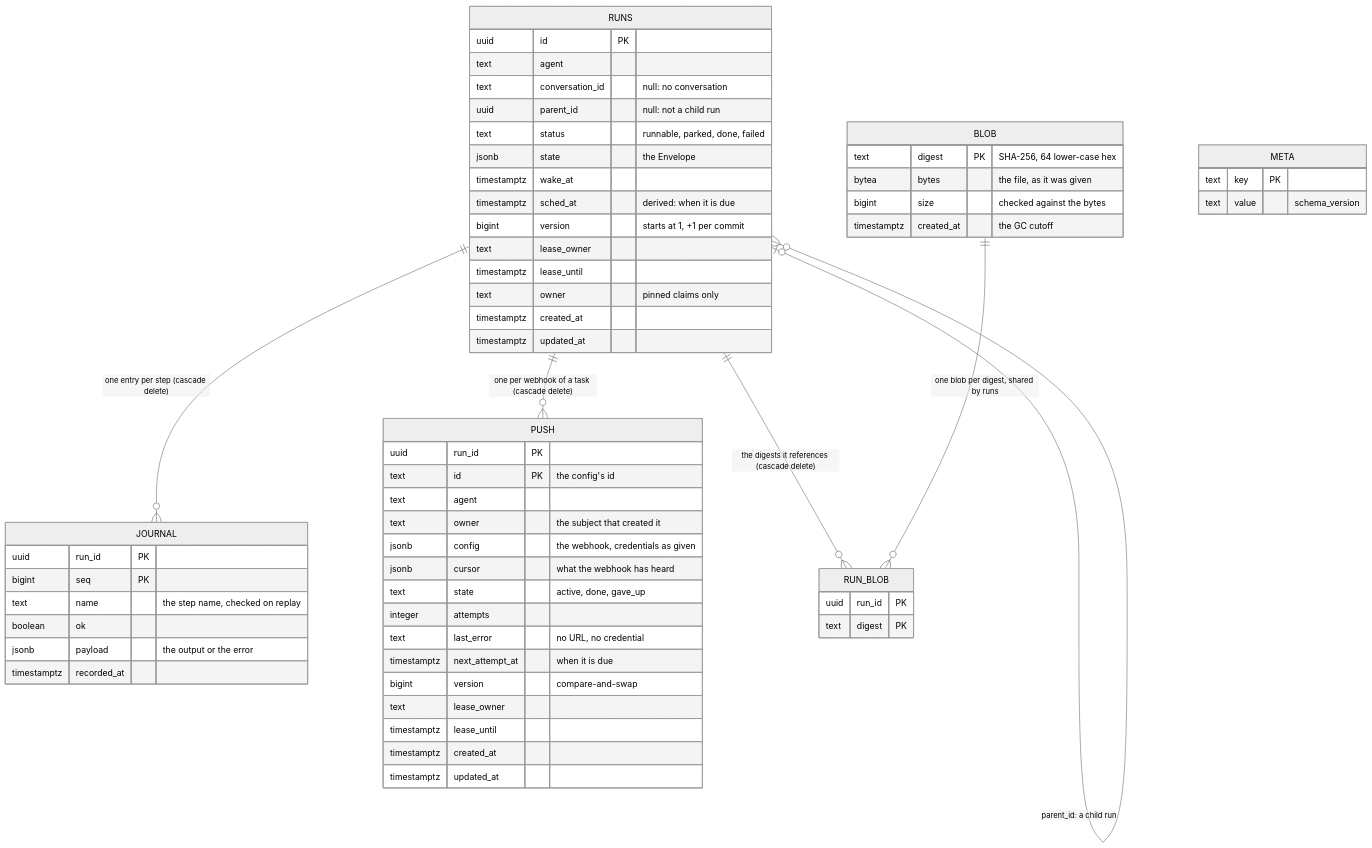
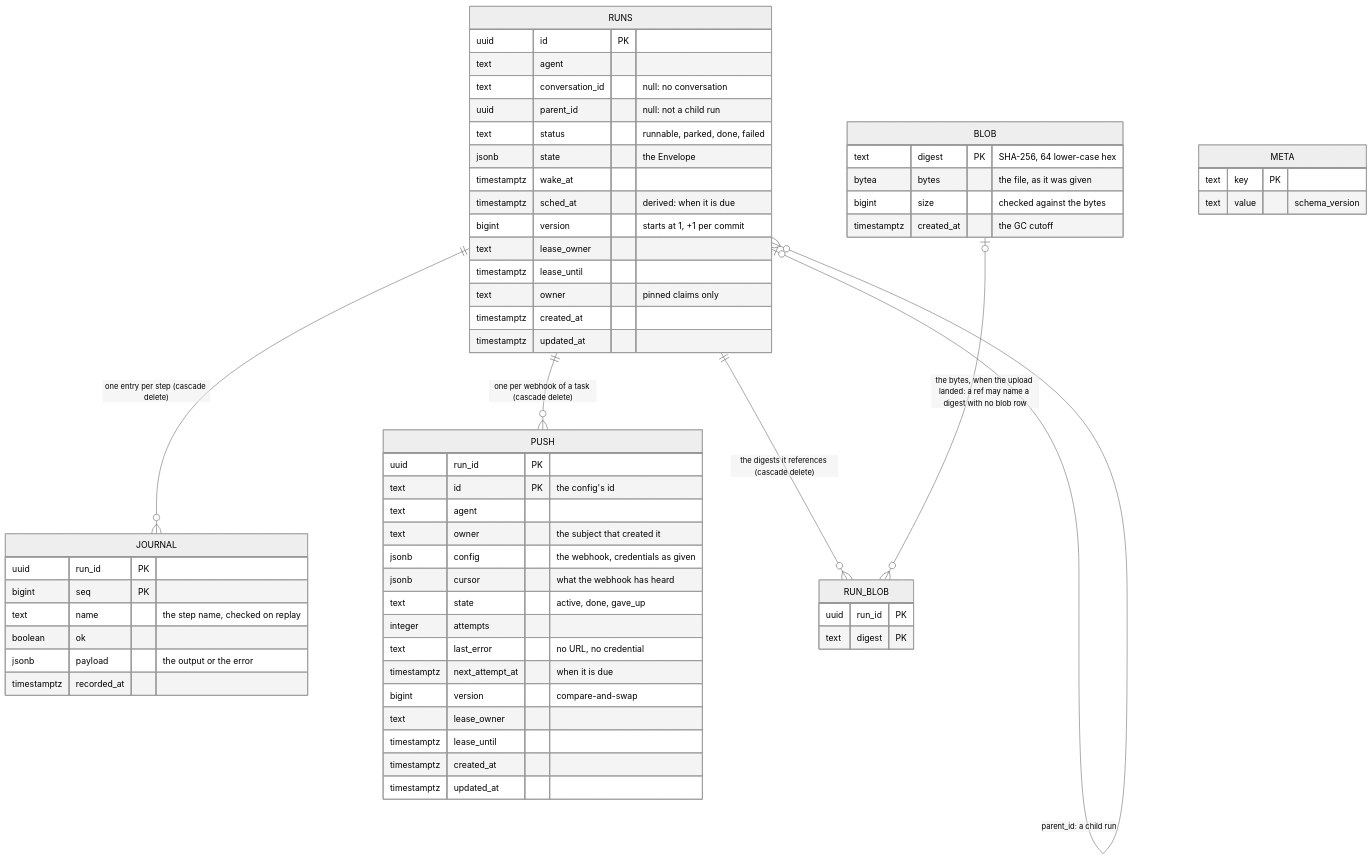
Before and after one commit to vymalo/another-adam-rs: diagram 16 of 26 in docs/architecture.md, drawn with Mermaid (neutral theme). The commit also changed 18 other files, not shown here.

````diff
--- a/docs/architecture.md
+++ b/docs/architecture.md
@@ -902,63 +902,63 @@
 ```mermaid
 erDiagram
     RUNS ||--o{ JOURNAL : "one entry per step (cascade delete)"
     RUNS ||--o{ PUSH : "one per webhook of a task (cascade delete)"
     RUNS ||--o{ RUN_BLOB : "the digests it references (cascade delete)"
-    BLOB ||--o{ RUN_BLOB : "one blob per digest, shared by runs"
+    BLOB |o--o{ RUN_BLOB : "the bytes, when the upload landed: a ref may name a digest with no blob row"
     RUNS |o--o{ RUNS : "parent_id: a child run"
     RUNS {
         uuid id PK
         text agent
         text conversation_id "null: no conversation"
         uuid parent_id "null: not a child run"
         text status "runnable, parked, done, failed"
         jsonb state "the Envelope"
         timestamptz wake_at
         timestamptz sched_at "derived: when it is due"
         bigint version "starts at 1, +1 per commit"
         text lease_owner
         timestamptz lease_until
         text owner "pinned claims only"
         timestamptz created_at
         timestamptz updated_at
     }
     JOURNAL {
         uuid run_id PK
         bigint seq PK
         text name "the step name, checked on replay"
         boolean ok
         jsonb payload "the output or the error"
         timestamptz recorded_at
     }
     PUSH {
         uuid run_id PK
         text id PK "the config's id"
         text agent
         text owner "the subject that created it"
         jsonb config "the webhook, credentials as given"
         jsonb cursor "what the webhook has heard"
         text state "active, done, gave_up"
         integer attempts
         text last_error "no URL, no credential"
         timestamptz next_attempt_at "when it is due"
         bigint version "compare-and-swap"
         text lease_owner
         timestamptz lease_until
         timestamptz created_at
         timestamptz updated_at
     }
     BLOB {
         text digest PK "SHA-256, 64 lower-case hex"
         bytea bytes "the file, as it was given"
         bigint size "checked against the bytes"
         timestamptz created_at "the GC cutoff"
     }
     RUN_BLOB {
         uuid run_id PK
         text digest PK
     }
     META {
         text key PK
         text value "schema_version"
     }
 ```
````
